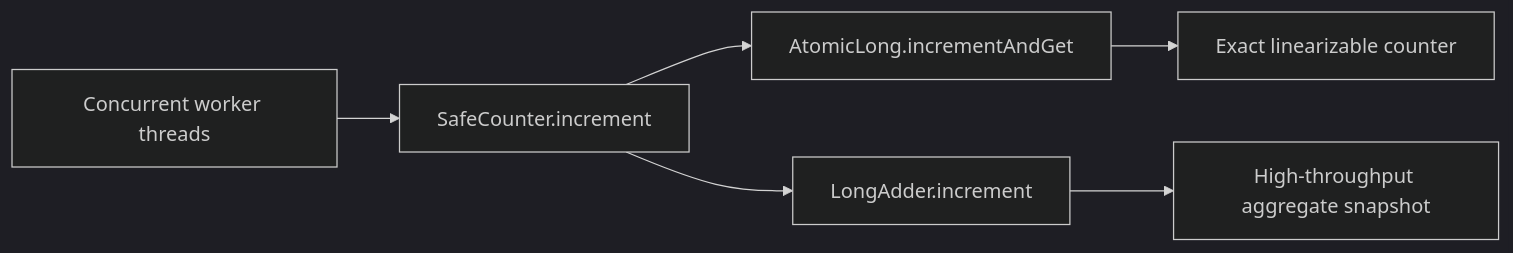
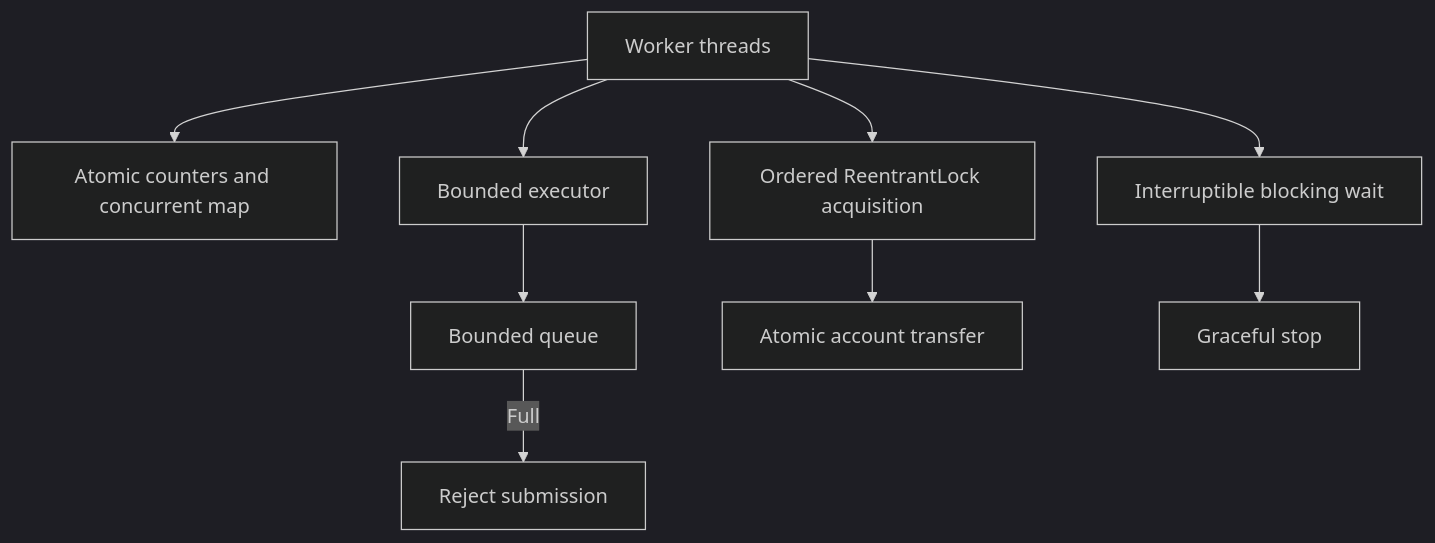
One commit to rocky-bgta/java-concurrency-lab changed the diagram in README.md. Above: the diagram before and after it, drawn with Mermaid (dark theme). The commit also changed other lines of this file, not shown here.

````diff
--- a/README.md
+++ b/README.md
@@ -19,8 +22,11 @@
 ```mermaid
-flowchart LR
-  W[Concurrent worker threads] --> C[SafeCounter.increment]
-  C --> A[AtomicLong.incrementAndGet]
-  C --> L[LongAdder.increment]
-  A --> R[Exact linearizable counter]
-  L --> S[High-throughput aggregate snapshot]
+flowchart TD
+  W[Worker threads] --> A[Atomic counters and concurrent map]
+  W --> B[Bounded executor]
+  B --> Q[Bounded queue]
+  Q -->|Full| R[Reject submission]
+  W --> L[Ordered ReentrantLock acquisition]
+  L --> T[Atomic account transfer]
+  W --> I[Interruptible blocking wait]
+  I --> S[Graceful stop]
 ```
````
